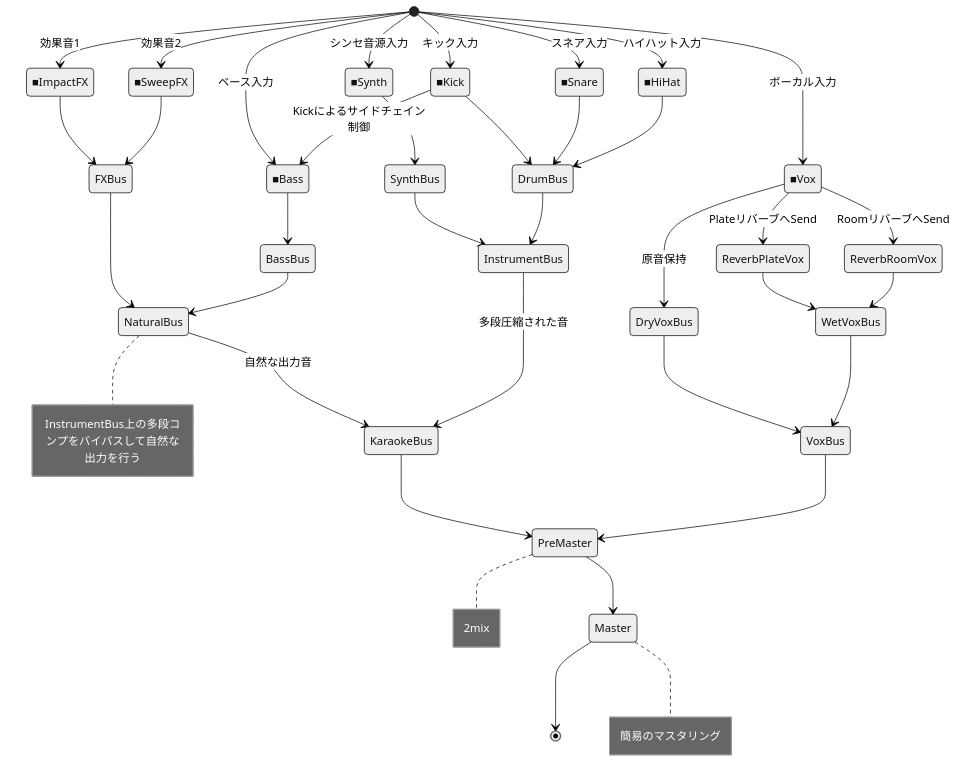
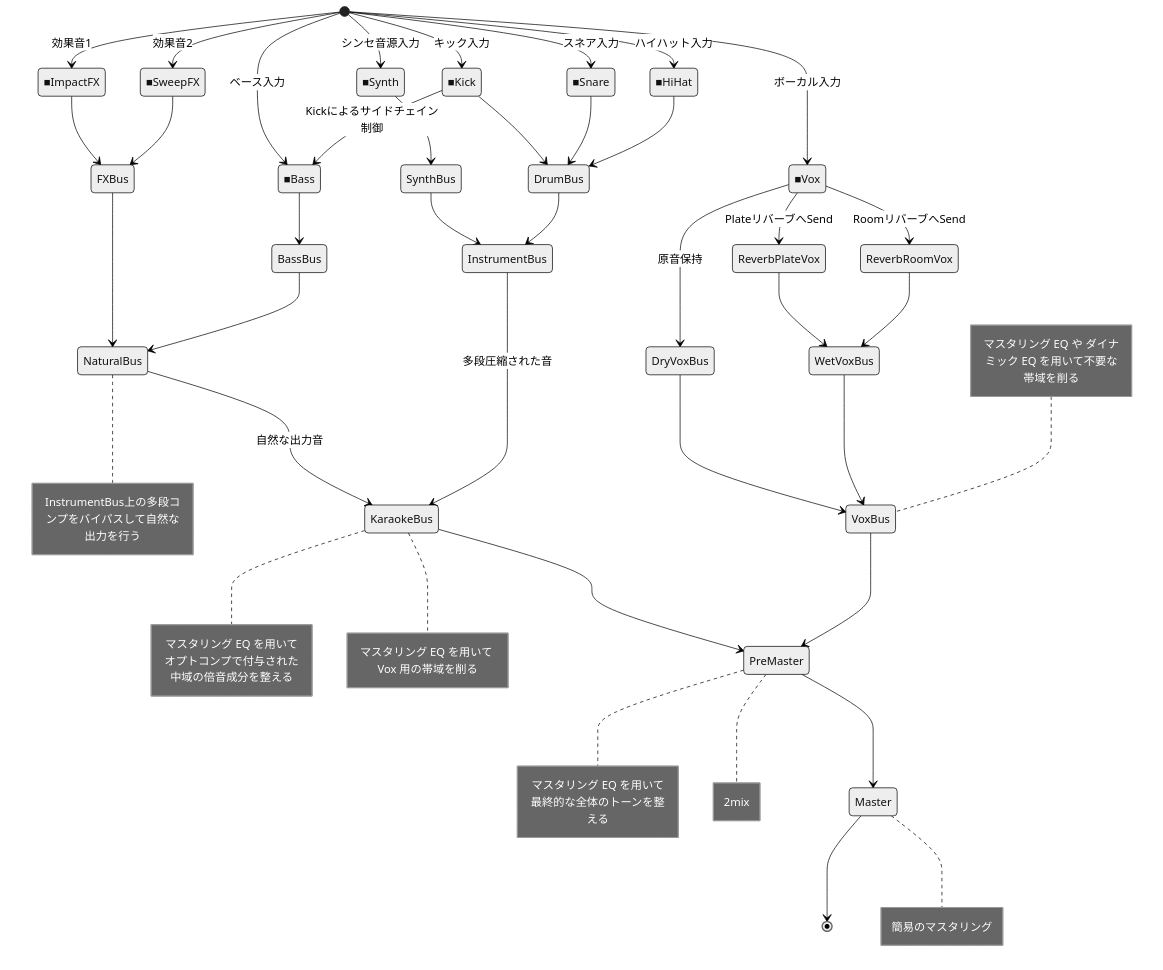
Before and after one commit to iamyukihiro/general-mixing-architecture: the diagram in README.md, drawn with Mermaid (neutral theme). The commit also changed other lines of this file, not shown here.

````diff
--- a/README.md
+++ b/README.md
@@ -10,55 +10,60 @@
 ```mermaid
 stateDiagram
     %% 楽器・ボーカルの入力
     [*] --> ■Synth : シンセ音源入力
     [*] --> ■Kick : キック入力
     [*] --> ■Bass : ベース入力
     [*] --> ■Snare : スネア入力
     [*] --> ■HiHat : ハイハット入力
     [*] --> ■ImpactFX : 効果音1
     [*] --> ■SweepFX : 効果音2
     [*] --> ■Vox : ボーカル入力
 
     %% Busへのルーティング
     ■Synth --> SynthBus
     ■Kick --> DrumBus
     ■Snare --> DrumBus
     ■HiHat --> DrumBus
     ■ImpactFX --> FXBus
     ■SweepFX --> FXBus
     ■Kick --> ■Bass : Kickによるサイドチェイン制御
     ■Bass --> BassBus
 
     %% ボーカル処理：DryとReverb Sendに分岐
     ■Vox --> DryVoxBus : 原音保持
     ■Vox --> ReverbPlateVox : PlateリバーブへSend
     ■Vox --> ReverbRoomVox : RoomリバーブへSend
 
     %% リバーブ音をWetVoxBusへ統合
     ReverbPlateVox --> WetVoxBus
     ReverbRoomVox --> WetVoxBus
 
     %% PreVoxでDry/Wetを合流
     DryVoxBus --> VoxBus
     WetVoxBus --> VoxBus
 
     %% KaraokeBusはVoxを含まずInstrumentのみ
     SynthBus --> InstrumentBus
     DrumBus --> InstrumentBus
 
     %% 各バスをPreMasterへ統合
     FXBus --> NaturalBus: 
     note right of NaturalBus : InstrumentBus上の多段コンプをバイパスして自然な出力を行う
     BassBus --> NaturalBus
     NaturalBus --> KaraokeBus : 自然な出力音
-        KaraokeBus --> PreMaster
+    KaraokeBus --> PreMaster
+    note right of KaraokeBus : マスタリング EQ を用いてオプトコンプで付与された中域の倍音成分を整える
+    note right of KaraokeBus : マスタリング EQ を用いて Vox 用の帯域を削る
+               
     InstrumentBus --> KaraokeBus : 多段圧縮された音
     VoxBus --> PreMaster
+     note left of VoxBus : マスタリング EQ や ダイナミック EQ を用いて不要な帯域を削る
 
     %% Master出力
     PreMaster --> Master
+    note right of PreMaster : マスタリング EQ を用いて最終的な全体のトーンを整える
     note right of PreMaster : 2mix
 
     Master --> [*]
     note right of Master : 簡易のマスタリング
 ```
````
